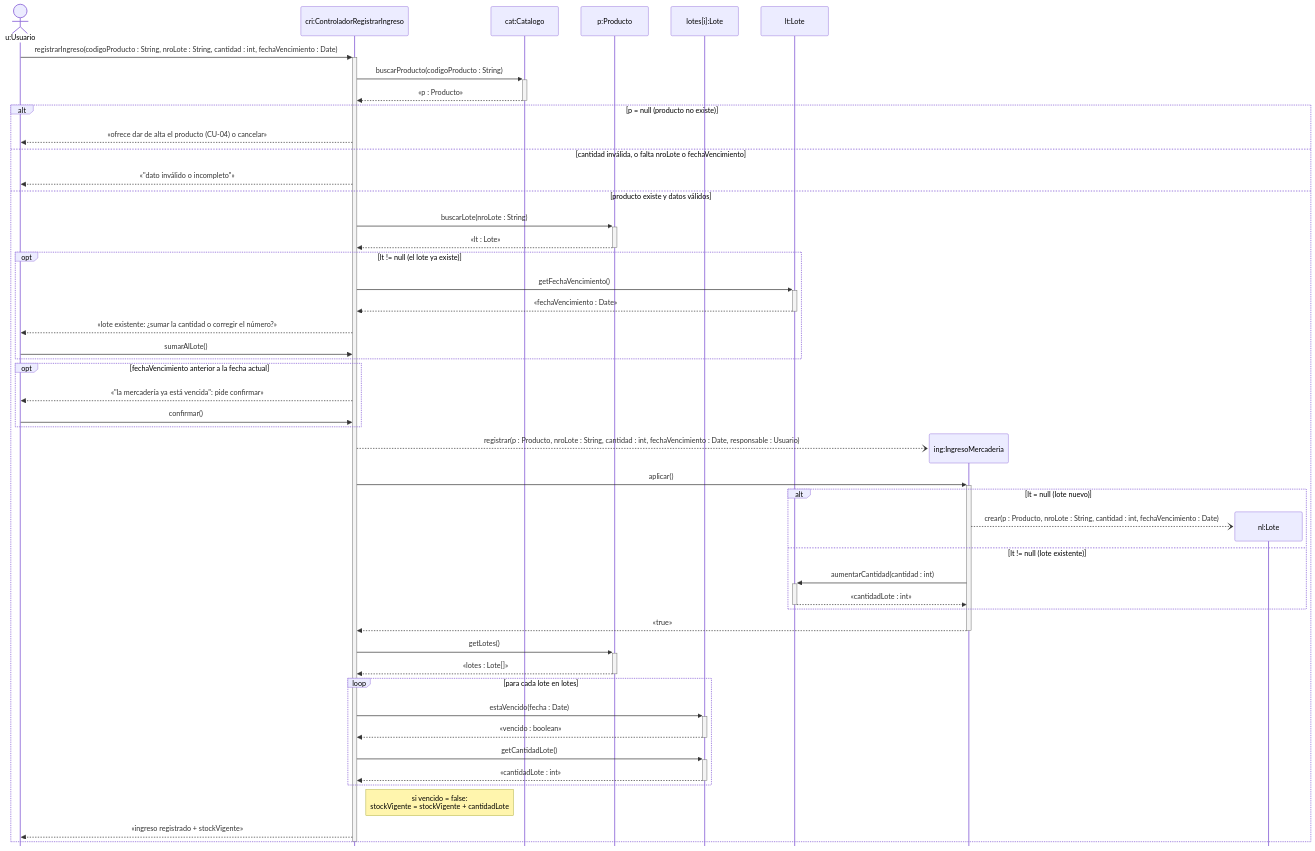
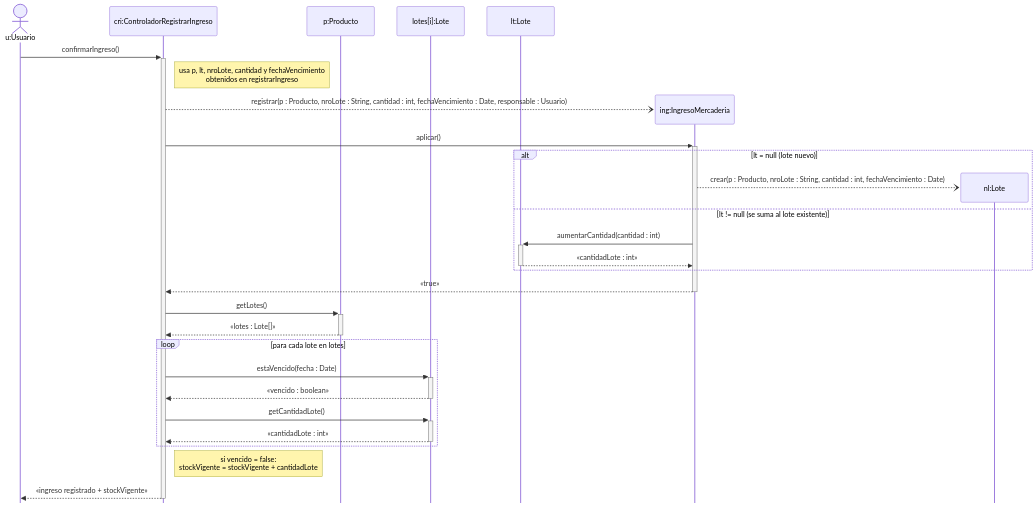
Diagram 11 of 17 in 08-Diagrama De Secuencia/Diagramas_de_Secuencia.md (cirotop/Stock-Project), drawn with Mermaid before and after one commit. The commit also changed other lines of this file, not shown here.

````diff
--- a/08-Diagrama De Secuencia/Diagramas_de_Secuencia.md
+++ b/08-Diagrama De Secuencia/Diagramas_de_Secuencia.md
@@ -261,54 +335,33 @@
 ```mermaid
 %%{init: {"sequence": {"mirrorActors": false}, "themeCSS": ".loopLine { stroke-dasharray: none !important; stroke-width: 1.5px !important; }"}}%%
 sequenceDiagram
     actor u as u:Usuario
     participant cri as cri:ControladorRegistrarIngreso
-    participant cat as cat:Catalogo
     participant p as p:Producto
     participant li as lotes[i]:Lote
     participant lt as lt:Lote
 
-    u->>+cri: registrarIngreso(codigoProducto : String, nroLote : String, cantidad : int, fechaVencimiento : Date)
-    cri->>+cat: buscarProducto(codigoProducto : String)
-    cat-->>-cri: «p : Producto»
-    alt p = null (producto no existe)
-        cri-->>u: «ofrece dar de alta el producto (CU-04) o cancelar»
-    else cantidad inválida, o falta nroLote o fechaVencimiento
-        cri-->>u: «"dato inválido o incompleto"»
-    else producto existe y datos válidos
-        cri->>+p: buscarLote(nroLote : String)
-        p-->>-cri: «lt : Lote»
-        opt lt != null (el lote ya existe)
-            cri->>+lt: getFechaVencimiento()
-            lt-->>-cri: «fechaVencimiento : Date»
-            cri-->>u: «lote existente: ¿sumar la cantidad o corregir el número?»
-            u->>cri: sumarAlLote()
-        end
-        opt fechaVencimiento anterior a la fecha actual
-            cri-->>u: «"la mercadería ya está vencida": pide confirmar»
-            u->>cri: confirmar()
-        end
-        create participant ing as ing:IngresoMercaderia
-        cri--)ing: registrar(p : Producto, nroLote : String, cantidad : int, fechaVencimiento : Date, responsable : Usuario)
-        cri->>+ing: aplicar()
-        alt lt = null (lote nuevo)
-            create participant nl as nl:Lote
-            ing--)nl: crear(p : Producto, nroLote : String, cantidad : int, fechaVencimiento : Date)
-        else lt != null (lote existente)
-            ing->>+lt: aumentarCantidad(cantidad : int)
-            lt-->>-ing: «cantidadLote : int»
-        end
-        ing-->>-cri: «true»
-        cri->>+p: getLotes()
-        p-->>-cri: «lotes : Lote[]»
-        loop para cada lote en lotes
-            cri->>+li: estaVencido(fecha : Date)
-            li-->>-cri: «vencido : boolean»
-            cri->>+li: getCantidadLote()
-            li-->>-cri: «cantidadLote : int»
-        end
-        Note right of cri: si vencido = false:<br/>stockVigente = stockVigente + cantidadLote
-        cri-->>u: «ingreso registrado + stockVigente»
+    u->>+cri: confirmarIngreso()
+    Note right of cri: usa p, lt, nroLote, cantidad y fechaVencimiento<br/>obtenidos en registrarIngreso
+    create participant ing as ing:IngresoMercaderia
+    cri--)ing: registrar(p : Producto, nroLote : String, cantidad : int, fechaVencimiento : Date, responsable : Usuario)
+    cri->>+ing: aplicar()
+    alt lt = null (lote nuevo)
+        create participant nl as nl:Lote
+        ing--)nl: crear(p : Producto, nroLote : String, cantidad : int, fechaVencimiento : Date)
+    else lt != null (se suma al lote existente)
+        ing->>+lt: aumentarCantidad(cantidad : int)
+        lt-->>-ing: «cantidadLote : int»
     end
-    deactivate cri
+    ing-->>-cri: «true»
+    cri->>+p: getLotes()
+    p-->>-cri: «lotes : Lote[]»
+    loop para cada lote en lotes
+        cri->>+li: estaVencido(fecha : Date)
+        li-->>-cri: «vencido : boolean»
+        cri->>+li: getCantidadLote()
+        li-->>-cri: «cantidadLote : int»
+    end
+    Note right of cri: si vencido = false:<br/>stockVigente = stockVigente + cantidadLote
+    cri-->>-u: «ingreso registrado + stockVigente»
 ```
````
